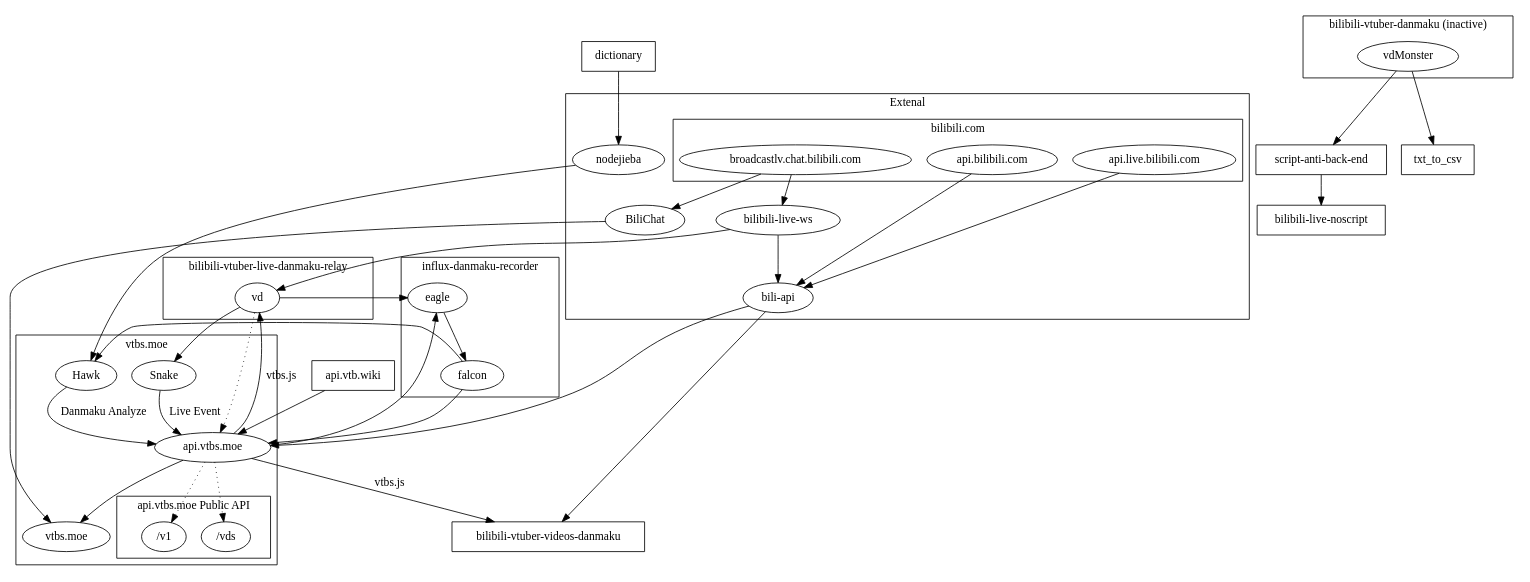
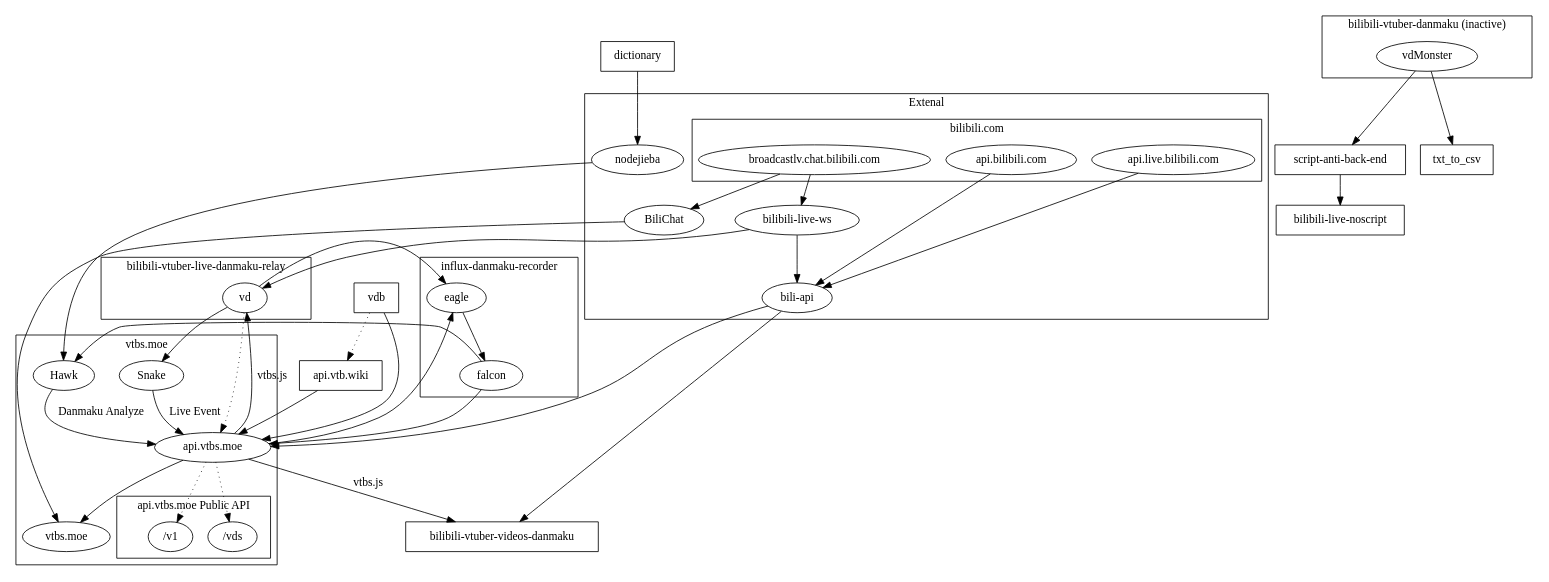
One commit to dd-center/dd-center.github.io changed the diagram in dependency.dot. Above: the diagram before and after it, drawn with Graphviz. The commit also changed 1 other file, not shown here.

Commit message:
dot graph add vdb

```diff
--- a/dependency.dot
+++ b/dependency.dot
@@ -1,78 +1,81 @@
 digraph {
 	dictionary [shape=box];
 	txt_to_csv [shape=box];
+	vdb [shape=box];
 	"bilibili-live-noscript" [shape=box];
 	"bilibili-vtuber-videos-danmaku" [shape=box];
 	"script-anti-back-end" [shape=box];
 	"api.vtb.wiki" [shape=box];
+	vdb -> "api.vtb.wiki" [style=dotted];
 	/* "danmaku-analyze"; */
 	subgraph "cluster_bilibili_package" {
 		label = "Extenal";
 		"bili-api";
 		"bilibili-live-ws";
 		BiliChat;
 		nodejieba;
 		subgraph "cluster_bilibili-" {
 			label = "bilibili.com";
 			"api.bilibili.com";
 			"api.live.bilibili.com";
 			"broadcastlv.chat.bilibili.com";
 		}
 	}
 	subgraph "cluster_vtbs.moe" {
 		label="vtbs.moe";
 		"api.vtbs.moe";
 		Hawk;
 		Snake;
 		Snake -> "api.vtbs.moe"  [ label = "Live Event" ];
 		Hawk -> "api.vtbs.moe" [ label = "Danmaku Analyze" ];
 		"api.vtbs.moe" -> "vtbs.moe"
 		subgraph "cluster_open_api" {
 			label = "api.vtbs.moe Public API";
 			"/v1";
 			"/vds";
 		}
 	}
 
 	subgraph "cluster_bilibili-vtuber-danmaku" {
 		label = "bilibili-vtuber-danmaku (inactive)";
 		vdMonster;
 	}
 
 	subgraph "cluster_bilibili-vtuber-danmaku-relay" {
 		label = "bilibili-vtuber-live-danmaku-relay";
 		vd;
 	}
 
 	subgraph "cluster_influx-bilibili-vtuber-danmaku" {
 		label = "influx-danmaku-recorder";
 		eagle;
 		falcon;
 		/* eagle -> influxDB -> falcon; */
 		eagle -> falcon;
 	}
 
 	"api.bilibili.com" -> "bili-api";
 	"api.live.bilibili.com" -> "bili-api";
 	"bilibili-live-ws" -> "bili-api" -> "api.vtbs.moe";
 	"broadcastlv.chat.bilibili.com" -> "bilibili-live-ws" -> vd;
 	"api.vtbs.moe" -> vd [ label = "vtbs.js" ];
 	"api.vtbs.moe" -> "bilibili-vtuber-videos-danmaku" [ label = "vtbs.js" ];
 	"bili-api" -> "bilibili-vtuber-videos-danmaku";
 	vd -> Snake;
 	vd -> eagle;
+	vdb -> "api.vtbs.moe";
 	"api.vtbs.moe" -> eagle;
 	"api.vtb.wiki" -> "api.vtbs.moe";
 
 	dictionary -> nodejieba;
 	falcon -> Hawk;
 	falcon -> "api.vtbs.moe";
 	nodejieba -> Hawk;
 	vdMonster -> "script-anti-back-end" -> "bilibili-live-noscript";
 	vdMonster -> txt_to_csv
 	"broadcastlv.chat.bilibili.com" -> BiliChat -> "vtbs.moe";
 
 	vd -> "api.vtbs.moe" [style=dotted];
 	"api.vtbs.moe" -> "/v1" [style=dotted];
 	"api.vtbs.moe" -> "/vds" [style=dotted];
 }
```
